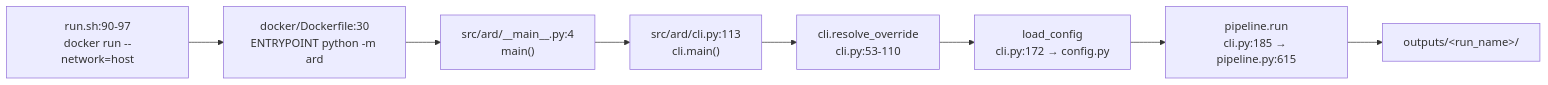
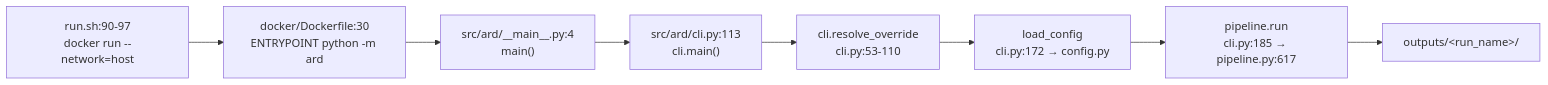
Before and after one commit to godthrone/anchor-replay-distillation: the third of 5 diagrams in docs/architecture.md, drawn with Mermaid. The commit also changed other lines of this file and 2 other files, not shown here.

````diff
--- a/docs/architecture.md
+++ b/docs/architecture.md
@@ -93,10 +94,10 @@
 ```mermaid
 flowchart LR
     R["run.sh:90-97<br/>docker run --network=host"] --> D["docker/Dockerfile:30<br/>ENTRYPOINT python -m ard"]
     D --> M["src/ard/__main__.py:4<br/>main()"]
     M --> C["src/ard/cli.py:113<br/>cli.main()"]
     C --> O["cli.resolve_override<br/>cli.py:53-110"]
     O --> L["load_config<br/>cli.py:172 → config.py"]
-    L --> P["pipeline.run<br/>cli.py:185 → pipeline.py:615"]
+    L --> P["pipeline.run<br/>cli.py:185 → pipeline.py:617"]
     P --> Out["outputs/&lt;run_name&gt;/"]
 ```
````
